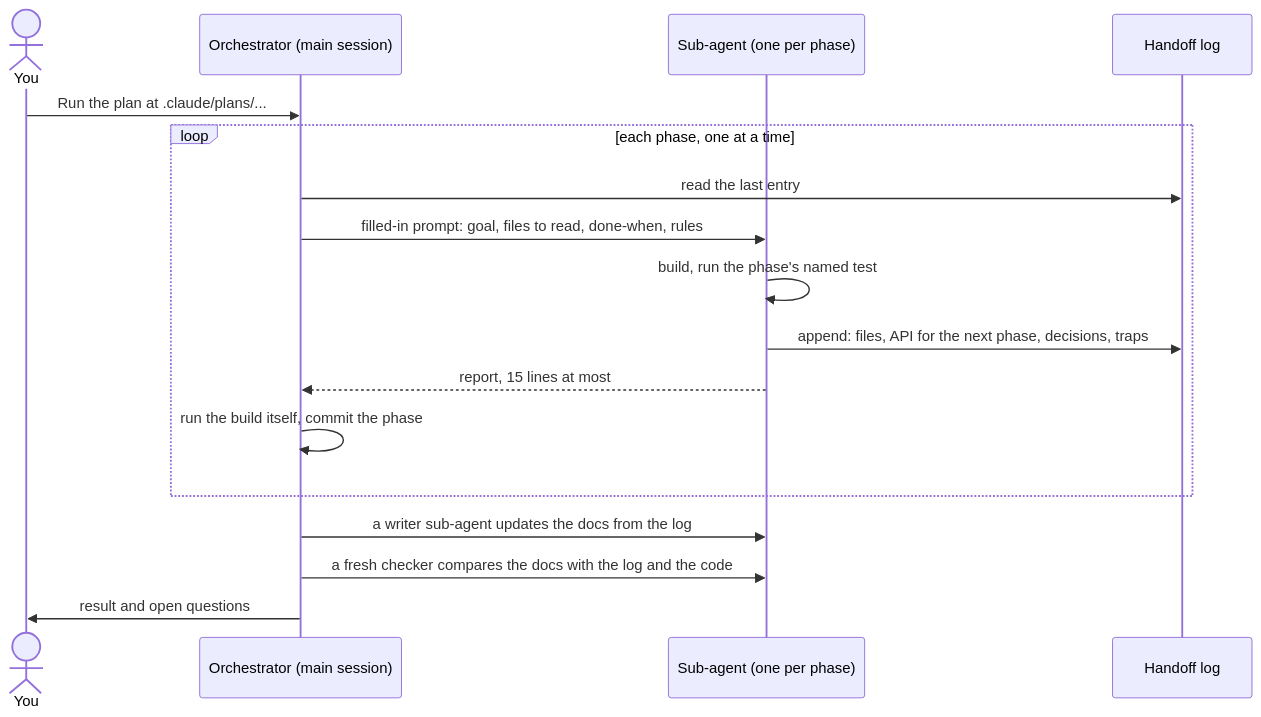
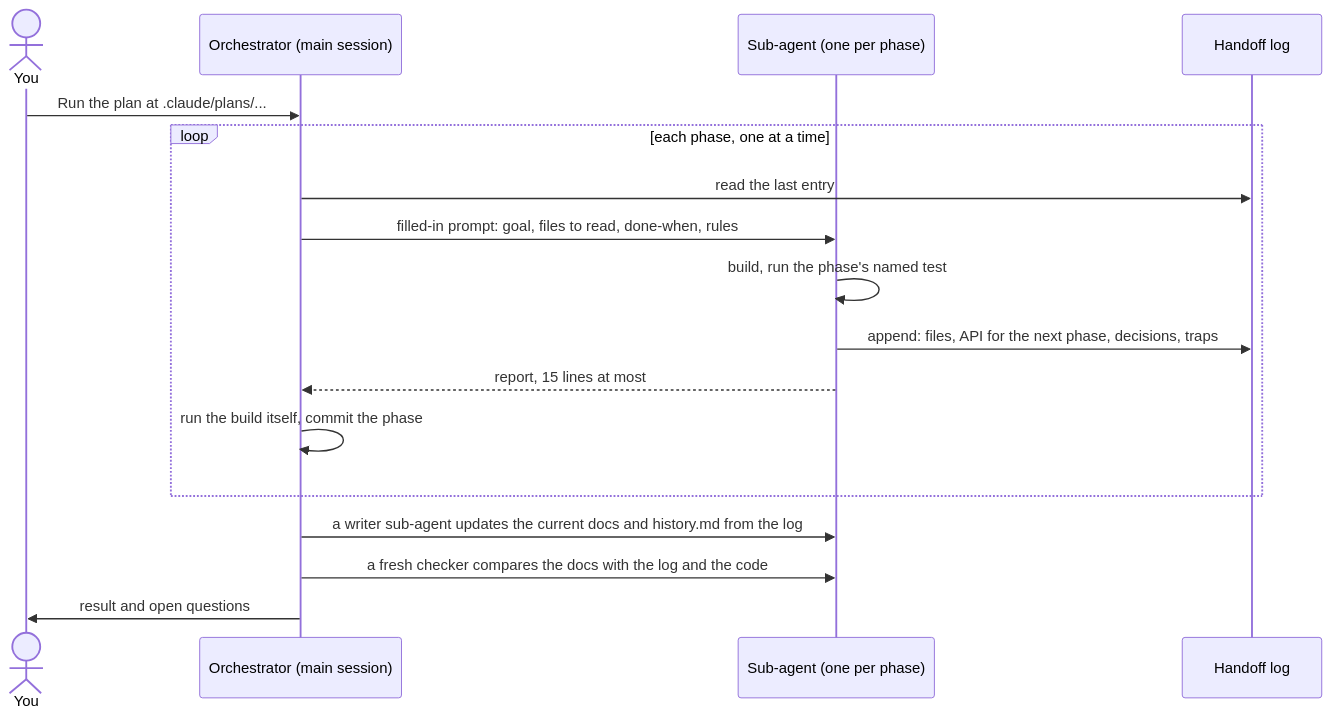
The third of 6 diagrams in README.md (enmeshia/claude-code-kit), drawn with Mermaid before and after one commit. The commit also changed other lines of this file and 13 other files, not shown here.

First line of the commit message:
feat(project): current docs, history index and a lost-facts check

````diff
--- a/README.md
+++ b/README.md
@@ -132,19 +139,19 @@
 ```mermaid
 sequenceDiagram
   actor You
   participant O as Orchestrator (main session)
   participant S as Sub-agent (one per phase)
   participant L as Handoff log
   You->>O: Run the plan at .claude/plans/...
   loop each phase, one at a time
     O->>L: read the last entry
     O->>S: filled-in prompt: goal, files to read, done-when, rules
     S->>S: build, run the phase's named test
     S->>L: append: files, API for the next phase, decisions, traps
     S-->>O: report, 15 lines at most
     O->>O: run the build itself, commit the phase
   end
-  O->>S: a writer sub-agent updates the docs from the log
+  O->>S: a writer sub-agent updates the current docs and history.md from the log
   O->>S: a fresh checker compares the docs with the log and the code
   O->>You: result and open questions
 ```
````
